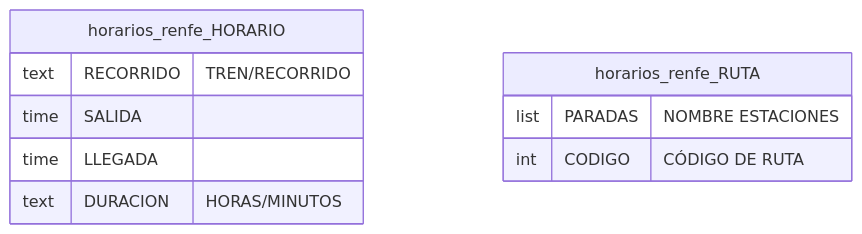
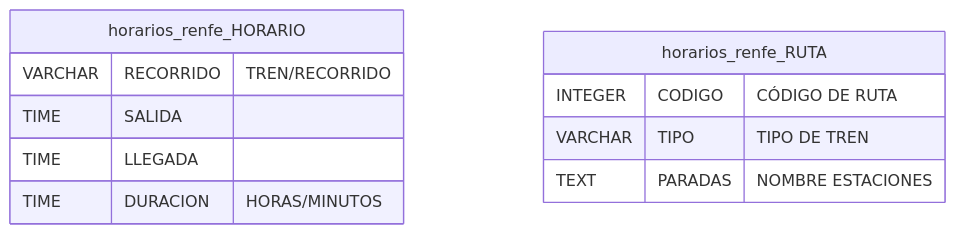
The third of 4 diagrams in docs/EsquemasOrigen.md (xXaceitunaXx/Tren-ES), drawn with Mermaid before and after one commit. The commit also changed other lines of this file and 4 other files, not shown here.

````diff
--- a/docs/EsquemasOrigen.md
+++ b/docs/EsquemasOrigen.md
@@ -69,14 +69,15 @@
 ```mermaid
 erDiagram
     horarios_renfe_HORARIO {
-        text RECORRIDO "TREN/RECORRIDO"
-        time SALIDA
-        time LLEGADA
-        text DURACION "HORAS/MINUTOS"
+        VARCHAR RECORRIDO "TREN/RECORRIDO"
+        TIME SALIDA
+        TIME LLEGADA
+        TIME DURACION "HORAS/MINUTOS"
     }
 
     horarios_renfe_RUTA {
-        list PARADAS "NOMBRE ESTACIONES"
-        int CODIGO "CÓDIGO DE RUTA"
+        INTEGER CODIGO "CÓDIGO DE RUTA"
+        VARCHAR TIPO "TIPO DE TREN"
+        TEXT PARADAS "NOMBRE ESTACIONES"
     }
 ```
````
